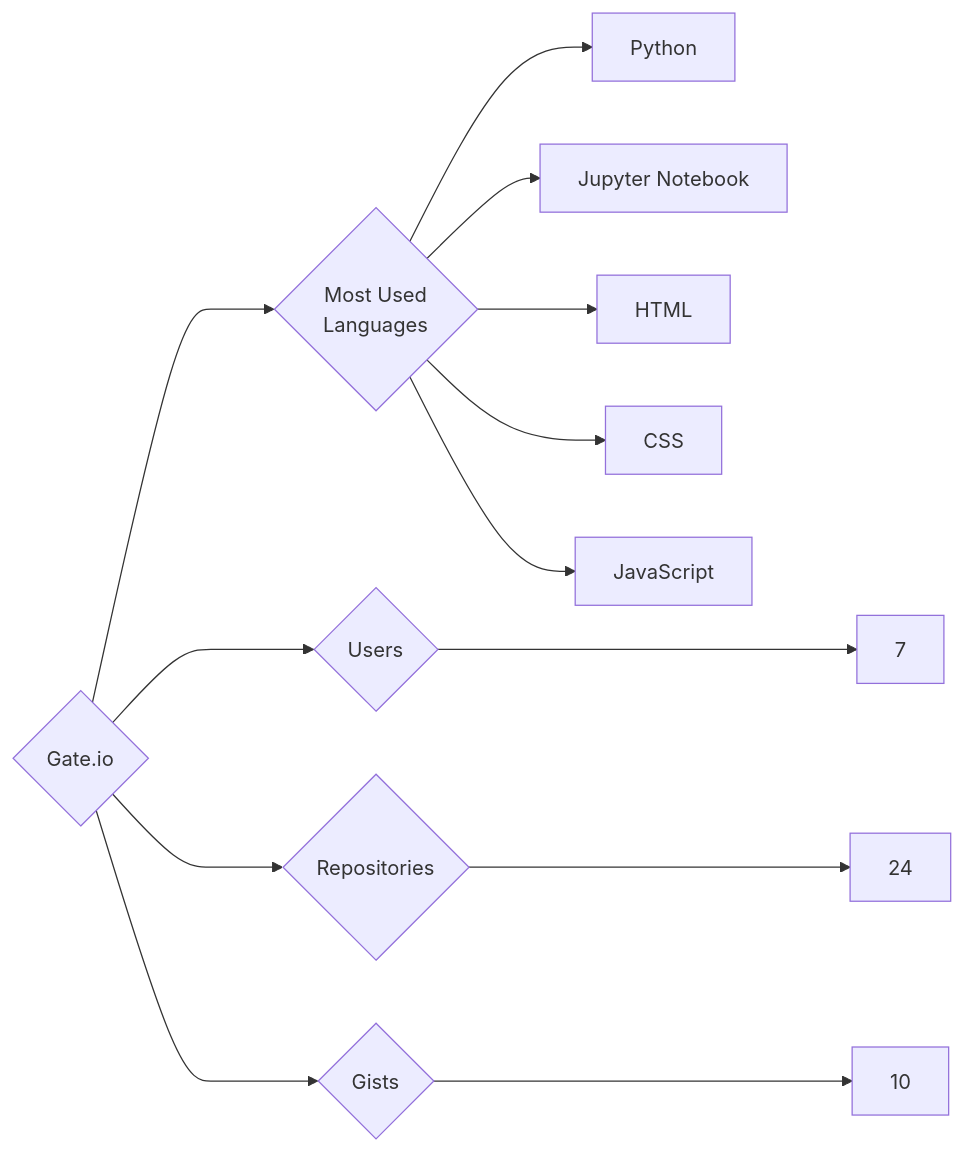
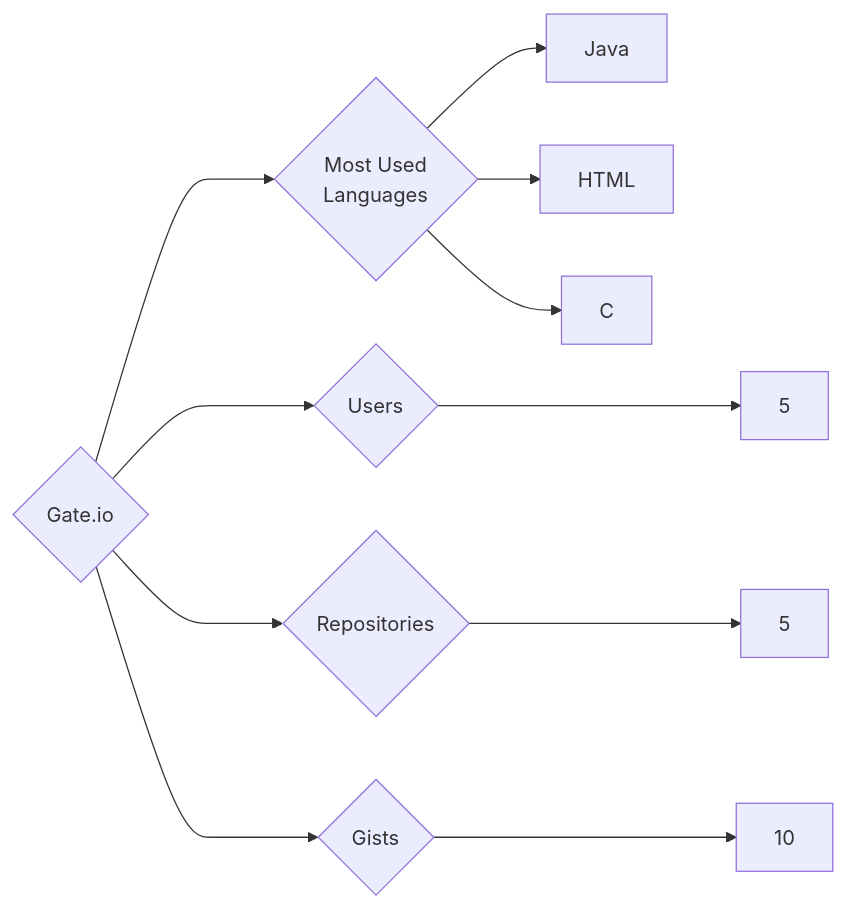
The diagram in targets/Gate.io/README.md (trickest/insiders), drawn with Mermaid before and after one commit. The commit also changed 873 other files, not shown here.

````diff
--- a/targets/Gate.io/README.md
+++ b/targets/Gate.io/README.md
@@ -3,13 +3,11 @@
 ```mermaid
 graph LR
 COMPANY_NAME{Gate.io}
-COMPANY_NAME ---> U{Users} ---> UN[7]
-COMPANY_NAME ---> R{Repositories} ---> RN[24]
+COMPANY_NAME ---> U{Users} ---> UN[5]
+COMPANY_NAME ---> R{Repositories} ---> RN[5]
 COMPANY_NAME ---> G{Gists} ---> GN[10]
 COMPANY_NAME ---> ML{Most Used<br>Languages}
-ML --> Python[Python]
-ML --> Jupyter_Notebook[Jupyter Notebook]
+ML --> Java[Java]
 ML --> HTML[HTML]
-ML --> CSS[CSS]
-ML --> JavaScript[JavaScript]
+ML --> C[C]
 ```
````
